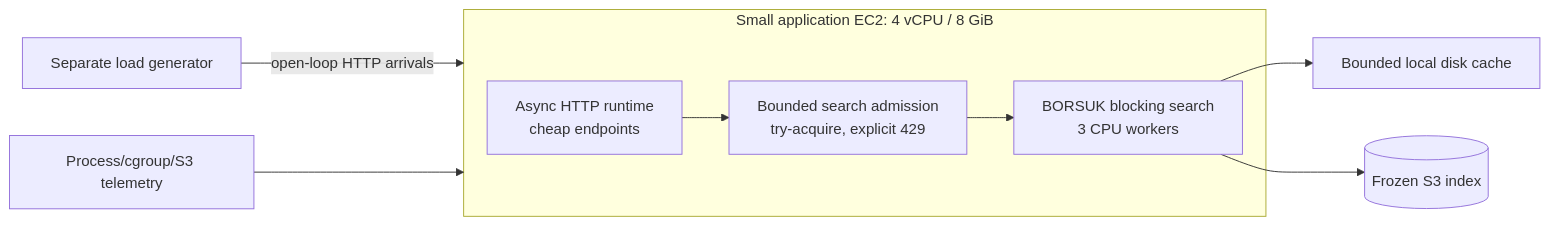
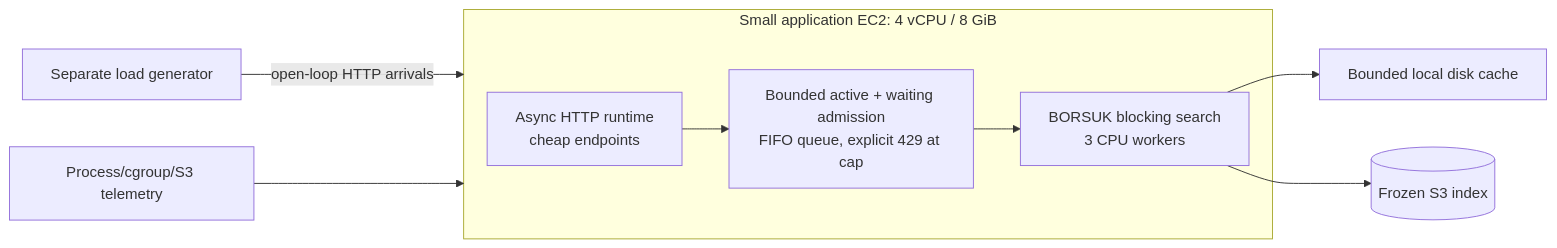
The diagram in docs/research/rest-workload-isolation-benchmark.md (CausalityHQ/borsuk), drawn with Mermaid before and after one commit. The commit also changed other lines of this file and 7 other files, not shown here.

Commit message:
Benchmark bounded REST search waiting

````diff
--- a/docs/research/rest-workload-isolation-benchmark.md
+++ b/docs/research/rest-workload-isolation-benchmark.md
@@ -15,13 +15,13 @@
 ```mermaid
 flowchart LR
     L[Separate load generator] -->|open-loop HTTP arrivals| A
     subgraph A[Small application EC2: 4 vCPU / 8 GiB]
       H[Async HTTP runtime\ncheap endpoints]
-      Q[Bounded search admission\ntry-acquire, explicit 429]
+      Q[Bounded active + waiting admission\nFIFO queue, explicit 429 at cap]
       B[BORSUK blocking search\n3 CPU workers]
       H --> Q --> B
     end
     B --> C[Bounded local disk cache]
     B --> S[(Frozen S3 index)]
     M[Process/cgroup/S3 telemetry] --> A
 ```
````
